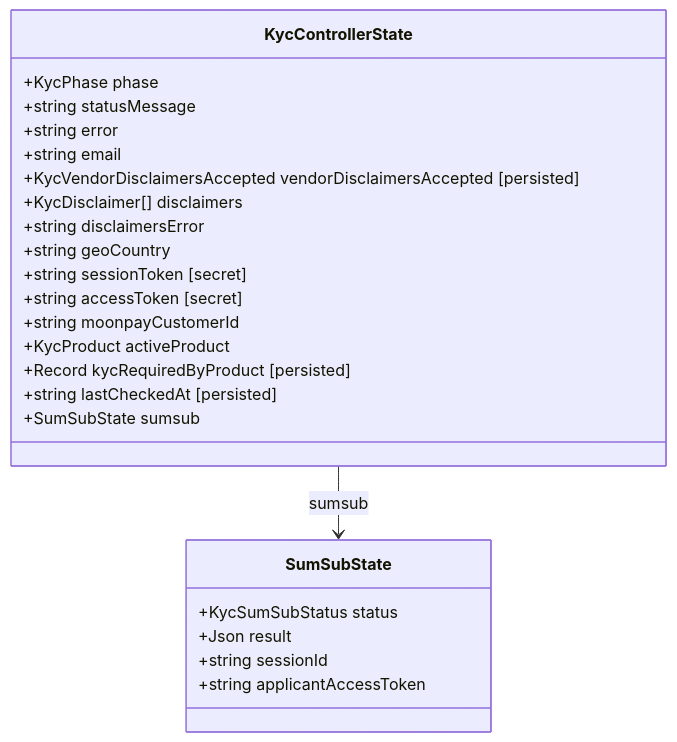
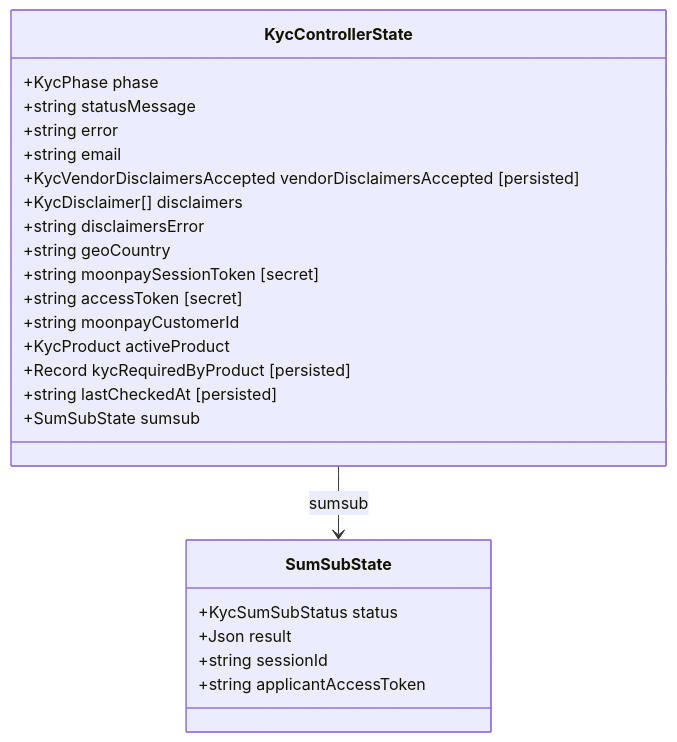
One commit to MetaMask/core changed the second of 10 diagrams in packages/kyc-controller/ARCHITECTURE.md. Above: the diagram before and after it, drawn with Mermaid. The commit also changed other lines of this file and 3 other files, not shown here.

Commit message:
rename sessionToken to moonpaySessionToken

````diff
--- a/packages/kyc-controller/ARCHITECTURE.md
+++ b/packages/kyc-controller/ARCHITECTURE.md
@@ -173,27 +173,27 @@
 ```mermaid
 classDiagram
     class KycControllerState {
         +KycPhase phase
         +string statusMessage
         +string error
         +string email
         +KycVendorDisclaimersAccepted vendorDisclaimersAccepted [persisted]
         +KycDisclaimer[] disclaimers
         +string disclaimersError
         +string geoCountry
-        +string sessionToken [secret]
+        +string moonpaySessionToken [secret]
         +string accessToken [secret]
         +string moonpayCustomerId
         +KycProduct activeProduct
         +Record kycRequiredByProduct [persisted]
         +string lastCheckedAt [persisted]
         +SumSubState sumsub
     }
     class SumSubState {
         +KycSumSubStatus status
         +Json result
         +string sessionId
         +string applicantAccessToken
     }
     KycControllerState --> SumSubState : sumsub
 ```
````
